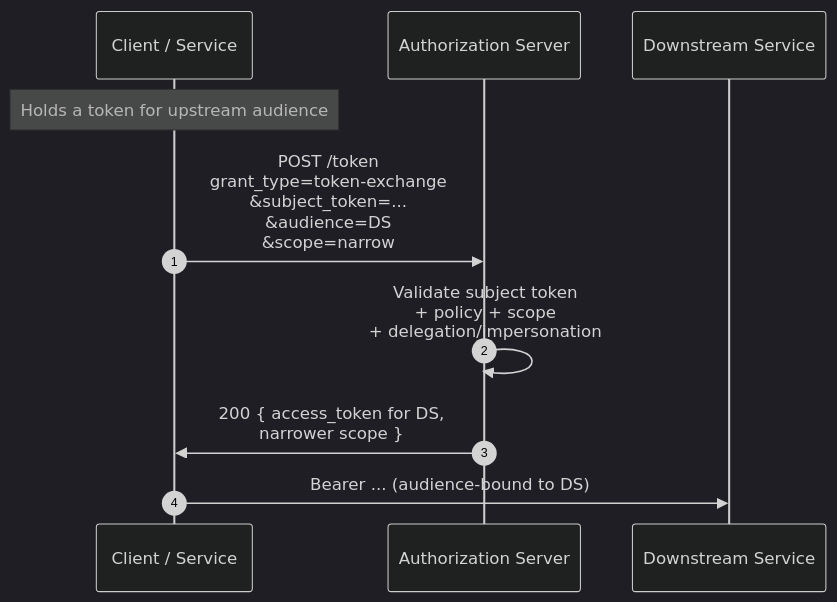
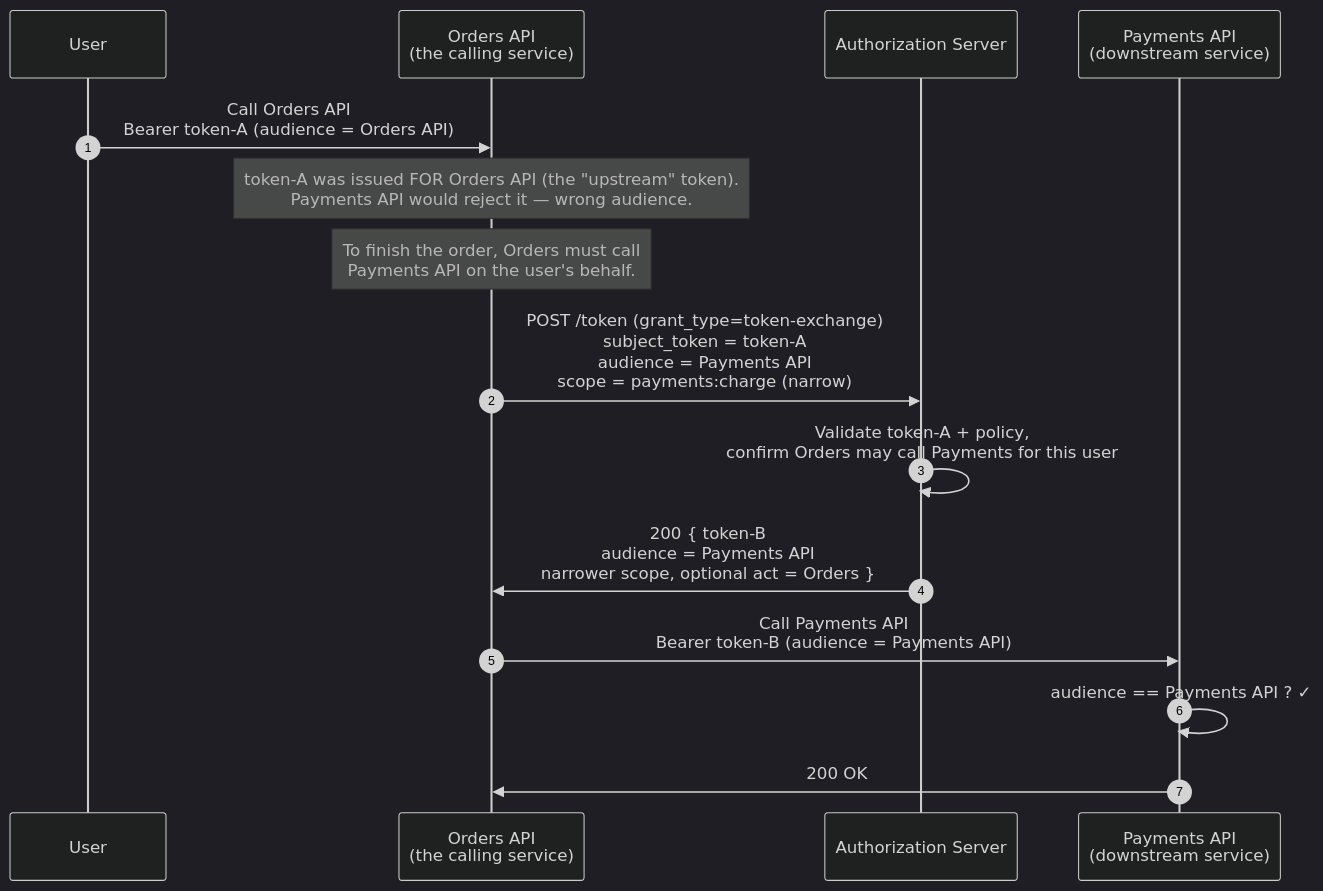
Before and after one commit to kubiosec-agentic/oauth-deepdive: the first of 2 diagrams in docs/04-flows/token-exchange.md, drawn with Mermaid (dark theme). The commit also changed other lines of this file, not shown here.

Commit message:
Token Exchange: concrete scenario + define upstream/downstream
Replace the abstract Client/Downstream sequence with a named Orders API
-> Payments API walkthrough, and add a short framing that defines
'upstream' (the token the caller already holds) vs 'downstream' (the next
service it must call) before the diagram.

````diff
--- a/docs/04-flows/token-exchange.md
+++ b/docs/04-flows/token-exchange.md
@@ -11,13 +20,18 @@
 ```mermaid
 sequenceDiagram
     autonumber
-    participant C as Client / Service
+    participant U as User
+    participant Orders as Orders API<br/>(the calling service)
     participant AS as Authorization Server
-    participant DS as Downstream Service
+    participant Pay as Payments API<br/>(downstream service)
 
-    Note over C: Holds a token for upstream audience
-    C->>AS: POST /token<br/>grant_type=token-exchange<br/>&subject_token=...<br/>&audience=DS<br/>&scope=narrow
-    AS->>AS: Validate subject token<br/>+ policy + scope<br/>+ delegation/impersonation
-    AS->>C: 200 { access_token for DS,<br/>narrower scope }
-    C->>DS: Bearer ... (audience-bound to DS)
+    U->>Orders: Call Orders API<br/>Bearer token-A (audience = Orders API)
+    Note over Orders: token-A was issued FOR Orders API (the "upstream" token).<br/>Payments API would reject it — wrong audience.
+    Note over Orders: To finish the order, Orders must call<br/>Payments API on the user's behalf.
+    Orders->>AS: POST /token (grant_type=token-exchange)<br/>subject_token = token-A<br/>audience = Payments API<br/>scope = payments:charge (narrow)
+    AS->>AS: Validate token-A + policy,<br/>confirm Orders may call Payments for this user
+    AS->>Orders: 200 { token-B<br/>audience = Payments API<br/>narrower scope, optional act = Orders }
+    Orders->>Pay: Call Payments API<br/>Bearer token-B (audience = Payments API)
+    Pay->>Pay: audience == Payments API ? ✓
+    Pay->>Orders: 200 OK
 ```
````
